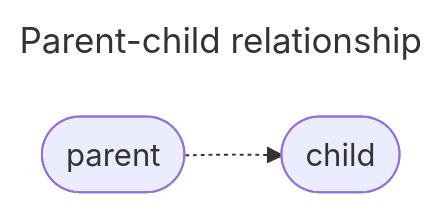
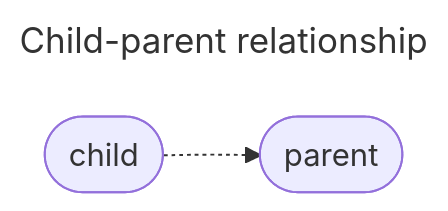
Before and after one commit to stepchowfun/proofs: the second of 14 diagrams in proofs/AdmissibilityGraph/README.md, drawn with Mermaid. The commit also changed other lines of this file and 5 other files, not shown here.

Commit message:
Flip the direction of the parent-child edges in the admissibility graph development

````diff
--- a/proofs/AdmissibilityGraph/README.md
+++ b/proofs/AdmissibilityGraph/README.md
@@ -35,10 +35,10 @@
   ```mermaid
   ---
-  title: Parent-child relationship
+  title: Child-parent relationship
   ---
   flowchart LR
+    child([child])
     parent([parent])
-    child([child])
 
-    parent -.-> child
+    child -.-> parent
   ```
````
